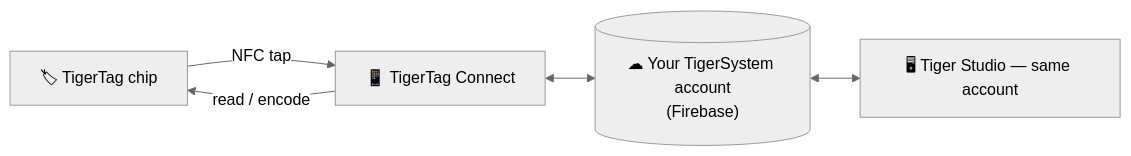
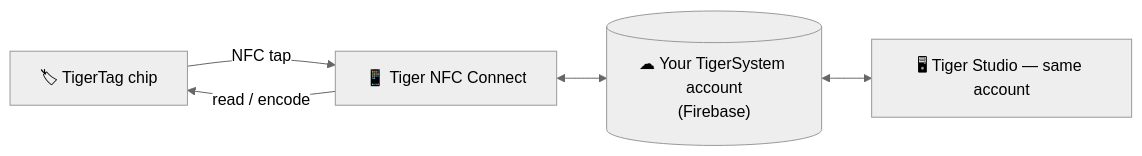
Before and after one commit to TigerTag-Project/TigerSystem-Docs: the diagram in docs/products/tigertag-connect.md, drawn with Mermaid (neutral theme). The commit also changed other lines of this file and 18 other files, not shown here.

Commit message:
Adopt the final app name Tiger NFC Connect everywhere, and scope the sandbox claim to the user-facing software: the factory-side chip-programming toolchain is production-grade

````diff
--- a/docs/products/tigertag-connect.md
+++ b/docs/products/tigertag-connect.md
@@ -13,7 +13,7 @@
 ```mermaid
 flowchart LR
-    TAG["🏷 TigerTag chip"] -- "NFC tap" --> CO["📱 TigerTag Connect"]
+    TAG["🏷 TigerTag chip"] -- "NFC tap" --> CO["📱 Tiger NFC Connect"]
     CO -- "read / encode" --> TAG
     CO <--> CLOUD[("☁ Your TigerSystem account<br/>(Firebase)")]
     CLOUD <--> ST["🖥 Tiger Studio — same account"]
 ```
````
